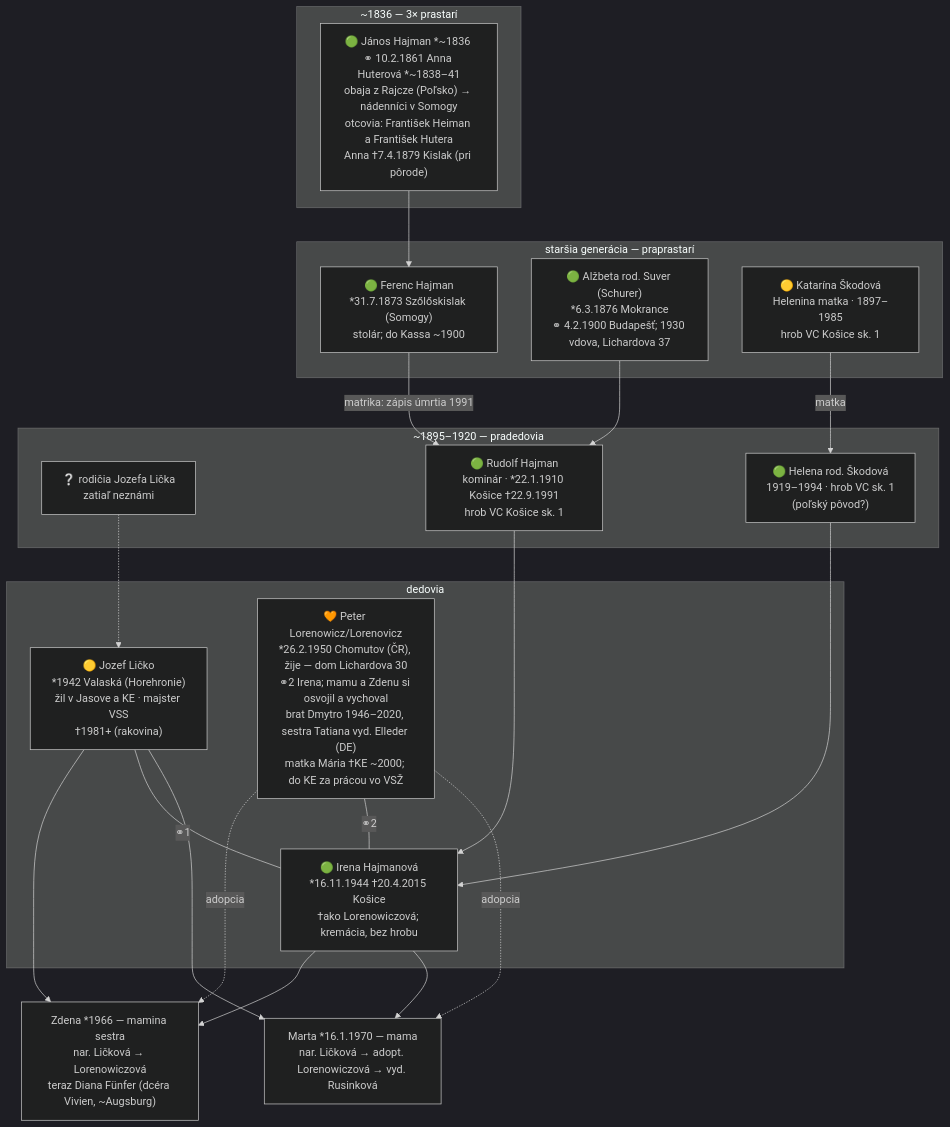
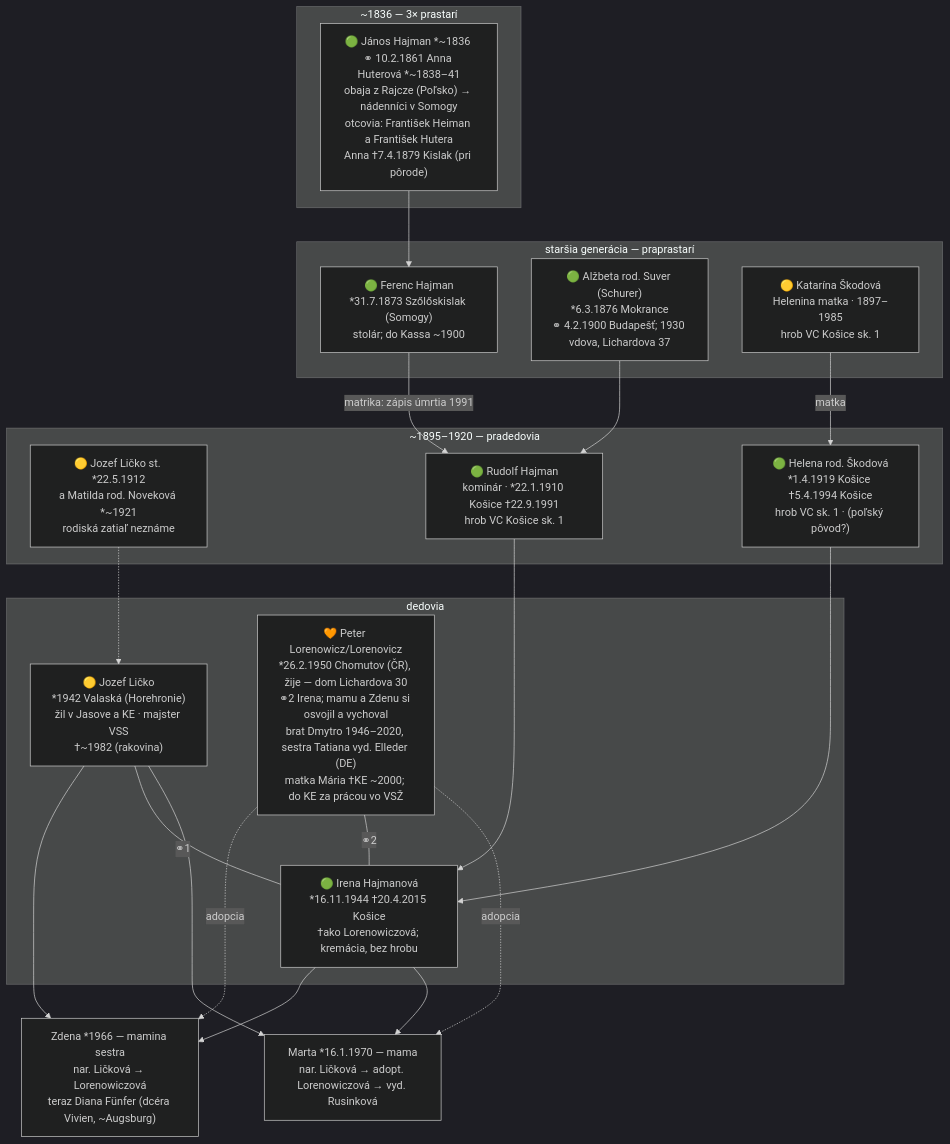
The second of 6 diagrams in docs/rodokmen.md (vrusi/genealogia), drawn with Mermaid (dark theme) before and after one commit. The commit also changed other lines of this file and 5 other files, not shown here.

Commit message:
Zjednotene datumy v registri osob; Helena *1.4.1919/+5.4.1994 a rodicia Jozefa Licka vo vsetkych zobrazeniach

````diff
--- a/docs/rodokmen.md
+++ b/docs/rodokmen.md
@@ -102,39 +102,39 @@
 ```mermaid
 graph TD
   subgraph mgen5["~1836 — 3× prastarí"]
     JHAH["🟢 János Hajman *~1836 ⚭ 10.2.1861 Anna Huterová *~1838–41<br>obaja z Rajcze (Poľsko) → nádenníci v Somogy<br>otcovia: František Heiman a František Hutera<br>Anna †7.4.1879 Kislak (pri pôrode)"]
   end
   subgraph mgen4["staršia generácia — praprastarí"]
     FH["🟢 Ferenc Hajman<br>*31.7.1873 Szőlőskislak (Somogy)<br>stolár; do Kassa ~1900"]
     ASch["🟢 Alžbeta rod. Suver (Schurer)<br>*6.3.1876 Mokrance<br>⚭ 4.2.1900 Budapešť; 1930 vdova, Lichardova 37"]
     KS["🟡 Katarína Škodová<br>Helenina matka · 1897–1985<br>hrob VC Košice sk. 1"]
   end
   subgraph mgen3["~1895–1920 — pradedovia"]
-    LX["❔ rodičia Jozefa Lička<br>zatiaľ neznámi"]
+    LX["🟡 Jozef Ličko st. *22.5.1912<br>a Matilda rod. Noveková *~1921<br>rodiská zatiaľ neznáme"]
     RH["🟢 Rudolf Hajman<br>kominár · *22.1.1910 Košice †22.9.1991<br>hrob VC Košice sk. 1"]
-    HS["🟢 Helena rod. Škodová<br>1919–1994 · hrob VC sk. 1<br>(poľský pôvod?)"]
+    HS["🟢 Helena rod. Škodová<br>*1.4.1919 Košice †5.4.1994 Košice<br>hrob VC sk. 1 · (poľský pôvod?)"]
   end
   subgraph mgen2["dedovia"]
-    JL["🟡 Jozef Ličko<br>*1942 Valaská (Horehronie)<br>žil v Jasove a KE · majster VSS<br>†1981+ (rakovina)"]
+    JL["🟡 Jozef Ličko<br>*1942 Valaská (Horehronie)<br>žil v Jasove a KE · majster VSS<br>†~1982 (rakovina)"]
     IH["🟢 Irena Hajmanová<br>*16.11.1944 †20.4.2015 Košice<br>†ako Lorenowiczová; kremácia, bez hrobu"]
     PL["🧡 Peter Lorenowicz/Lorenovicz<br>*26.2.1950 Chomutov (ČR), žije — dom Lichardova 30<br>⚭2 Irena; mamu a Zdenu si osvojil a vychoval<br>brat Dmytro 1946–2020, sestra Tatiana vyd. Elleder (DE)<br>matka Mária †KE ~2000; do KE za prácou vo VSŽ"]
   end
   ML["Marta *16.1.1970 — mama<br>nar. Ličková → adopt. Lorenowiczová → vyd. Rusinková"]
   ZD["Zdena *1966 — mamina sestra<br>nar. Ličková → Lorenowiczová<br>teraz Diana Fünfer (dcéra Vivien, ~Augsburg)"]
 
   JHAH --> FH
   FH -->|matrika: zápis úmrtia 1991| RH
   ASch --> RH
   KS -->|matka| HS
   JL --> ZD
   IH --> ZD
   PL -.->|adopcia| ZD
   LX -.-> JL
   RH --> IH
   HS --> IH
   JL ---|⚭1| IH
   PL ---|⚭2| IH
   JL --> ML
   IH --> ML
   PL -.->|adopcia| ML
 ```
````
